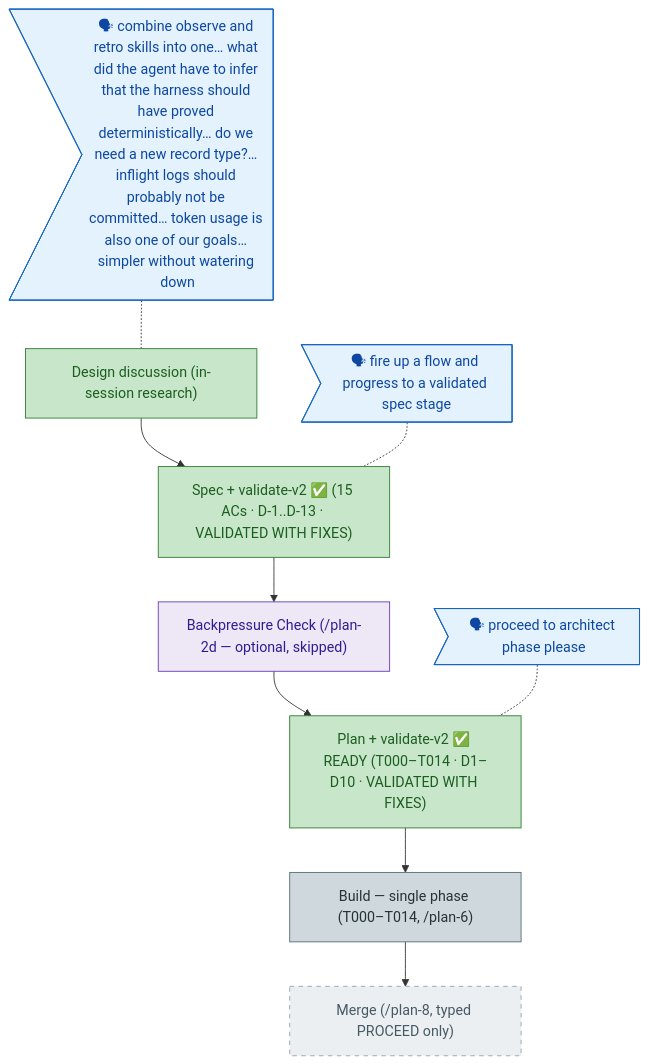
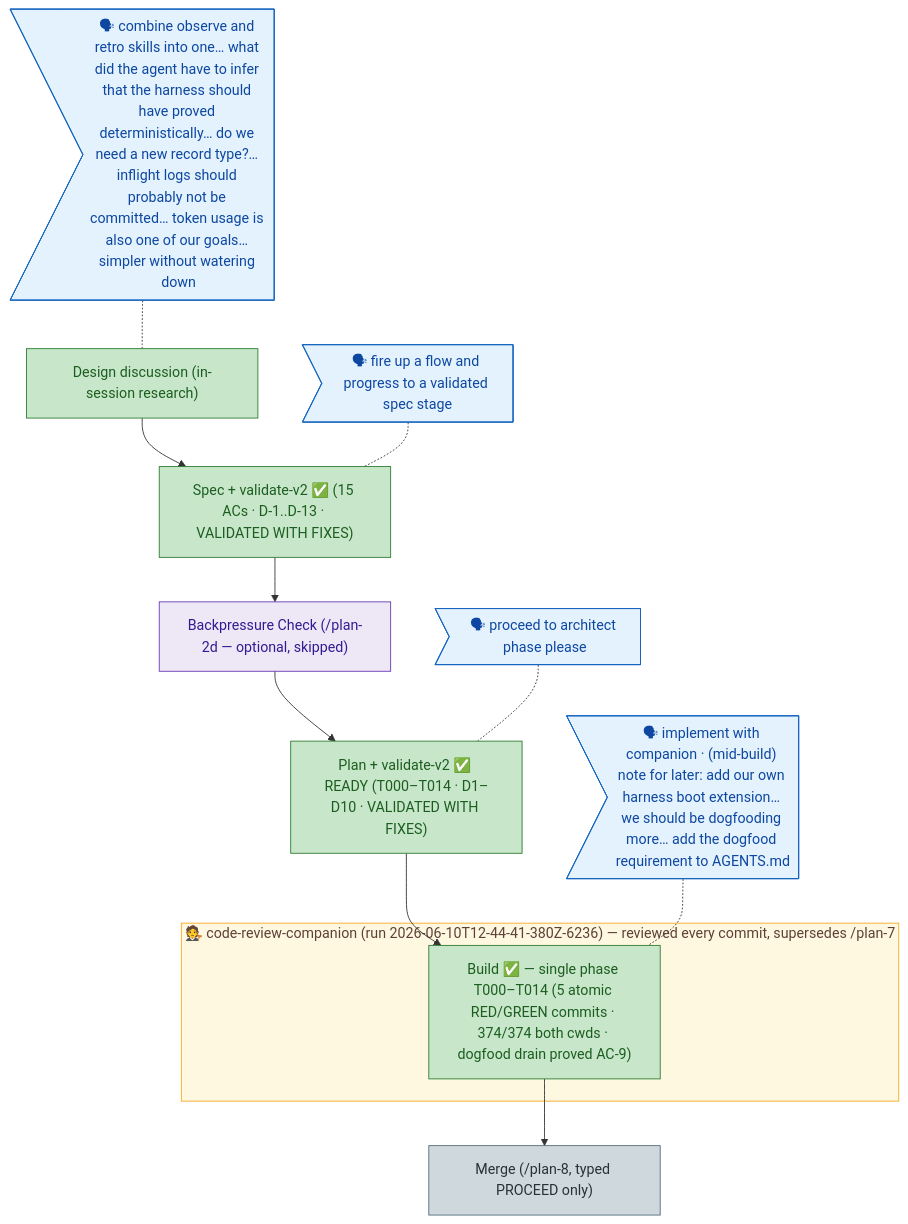
One commit to AI-Substrate/harness-engineering changed the diagram in docs/plans/015-observe-retro-merge/the-flow.md. Above: the diagram before and after it, drawn with Mermaid. The commit also changed other lines of this file and 6 other files, not shown here.

First line of the commit message:
docs(015): T012-T014 verification + dogfood drain record + flow advanced to merge seam

````diff
--- a/docs/plans/015-observe-retro-merge/the-flow.md
+++ b/docs/plans/015-observe-retro-merge/the-flow.md
@@ -4,25 +4,33 @@
 ```mermaid
 flowchart TD
   classDef done fill:#C8E6C9,stroke:#2E7D32,color:#1B5E20;
   classDef wip fill:#FFE0B2,stroke:#EF6C00,color:#E65100;
   classDef known fill:#CFD8DC,stroke:#546E7A,color:#263238;
   classDef assumed fill:#ECEFF1,stroke:#90A4AE,color:#455A64,stroke-dasharray:5 5;
   classDef said fill:#E3F2FD,stroke:#1565C0,color:#0D47A1;
   classDef harness fill:#EDE7F6,stroke:#673AB7,color:#311B92;
+  classDef companion fill:#FFF8E1,stroke:#F9A825,color:#5D4037;
 
   discussion["Design discussion (in-session research)"]:::done
   spec["Spec + validate-v2 ✅ (15 ACs · D-1..D-13 · VALIDATED WITH FIXES)"]:::done
   backpressure["Backpressure Check (/plan-2d — optional, skipped)"]:::harness
   plan["Plan + validate-v2 ✅ READY (T000–T014 · D1–D10 · VALIDATED WITH FIXES)"]:::done
-  build["Build — single phase (T000–T014, /plan-6)"]:::known
-  merge["Merge (/plan-8, typed PROCEED only)"]:::assumed
+
+  subgraph companion_wrap ["🧑‍⚖️ code-review-companion (run 2026-06-10T12-44-41-380Z-6236) — reviewed every commit, supersedes /plan-7"]
+    build["Build ✅ — single phase T000–T014 (5 atomic RED/GREEN commits · 374/374 both cwds · dogfood drain proved AC-9)"]:::done
+  end
+  class companion_wrap companion
+
+  merge["Merge (/plan-8, typed PROCEED only)"]:::known
 
   discussion --> spec --> backpressure --> plan --> build --> merge
 
   said_discussion>"🗣 combine observe and retro skills into one… what did the agent have to infer that the harness should have proved deterministically… do we need a new record type?… inflight logs should probably not be committed… token usage is also one of our goals… simpler without watering down"]:::said
   said_discussion -.- discussion
   said_spec>"🗣 fire up a flow and progress to a validated spec stage"]:::said
   said_spec -.- spec
   said_plan>"🗣 proceed to architect phase please"]:::said
   said_plan -.- plan
+  said_build>"🗣 implement with companion · (mid-build) note for later: add our own harness boot extension… we should be dogfooding more… add the dogfood requirement to AGENTS.md"]:::said
+  said_build -.- build
 ```
````
